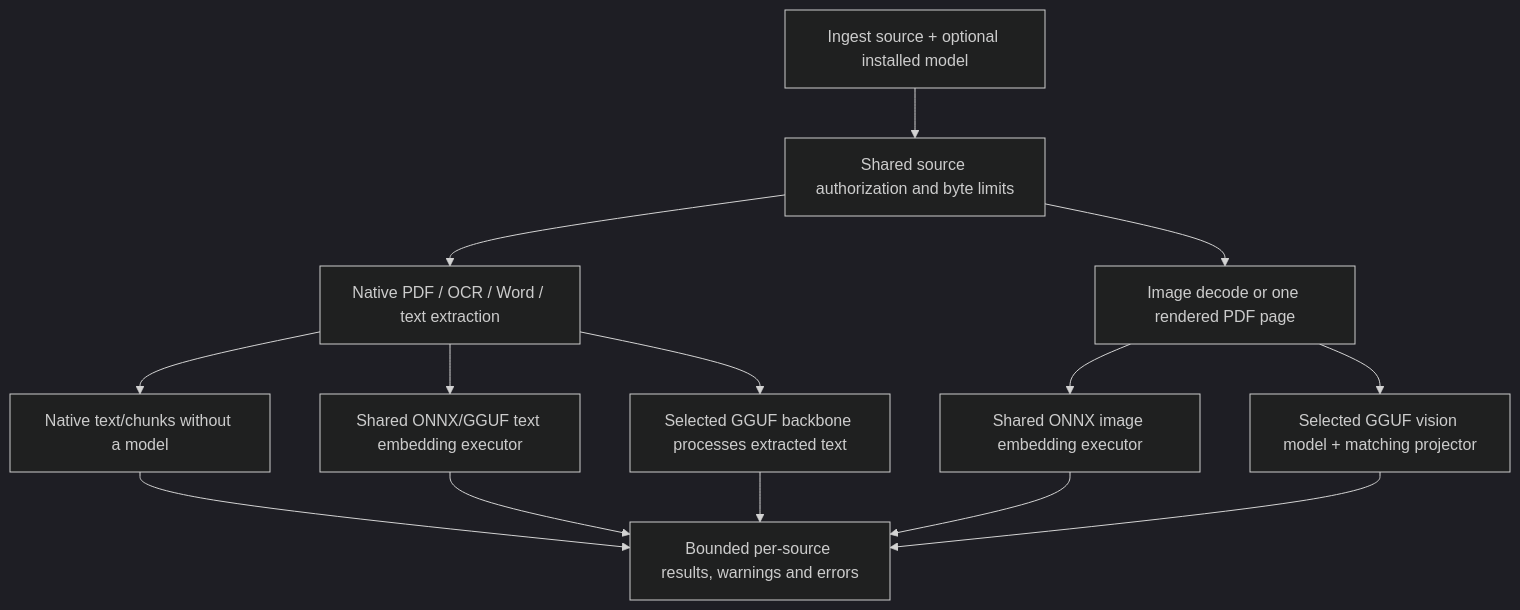
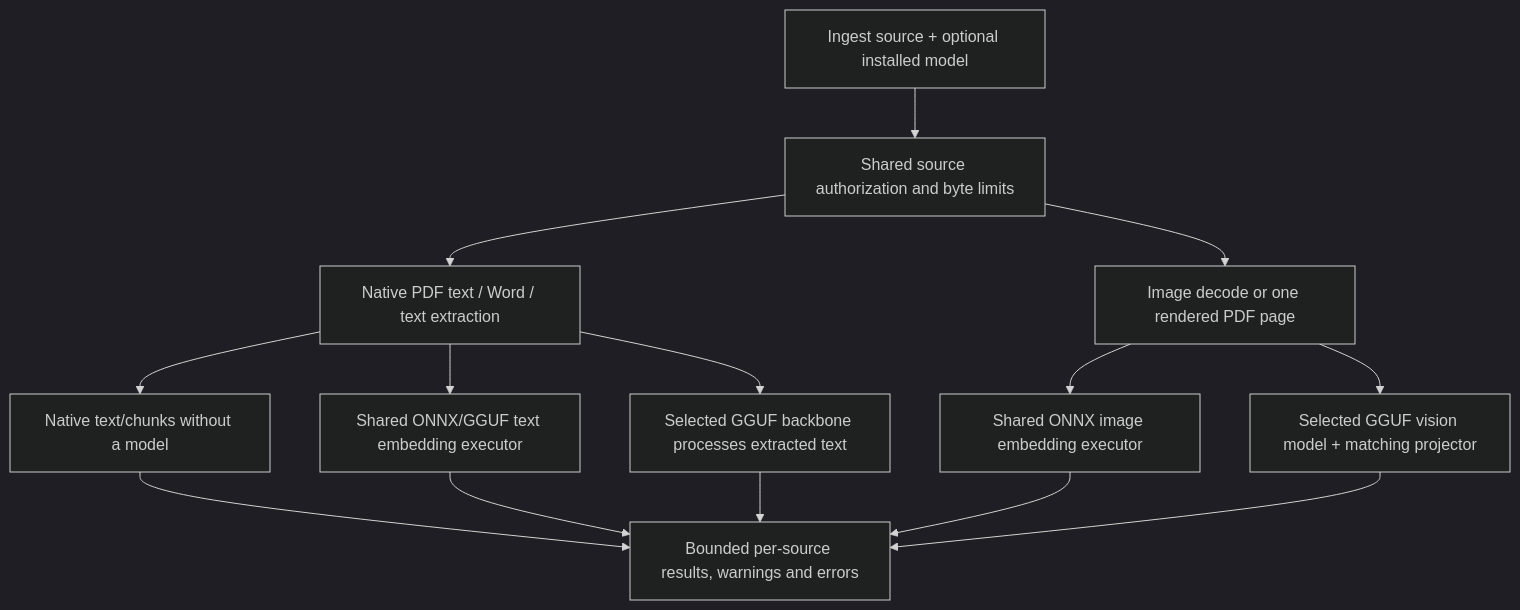
The first of 4 diagrams in api/README.md (cluaiz/cluaiz), drawn with Mermaid (dark theme) before and after one commit. The commit also changed other lines of this file and 8 other files, not shown here.

````diff
--- a/api/README.md
+++ b/api/README.md
@@ -81,16 +81,16 @@
 ```mermaid
 flowchart TD
     A["Ingest source + optional installed model"] --> B["Shared source authorization and byte limits"]
-    B --> C["Native PDF / OCR / Word / text extraction"]
+    B --> C["Native PDF text / Word / text extraction"]
     B --> D["Image decode or one rendered PDF page"]
     C --> E["Native text/chunks without a model"]
     C --> F["Shared ONNX/GGUF text embedding executor"]
     C --> G["Selected GGUF backbone processes extracted text"]
     D --> H["Shared ONNX image embedding executor"]
     D --> I["Selected GGUF vision model + matching projector"]
     E --> J["Bounded per-source results, warnings and errors"]
     F --> J
     G --> J
     H --> J
     I --> J
 ```
````
